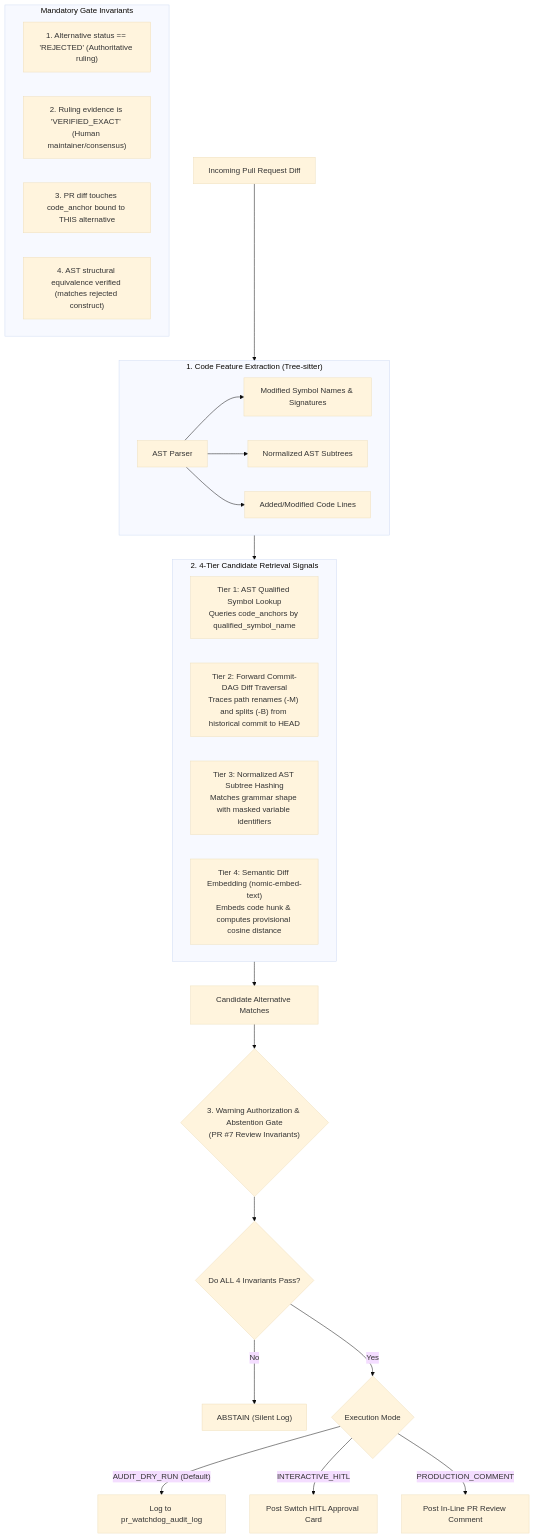
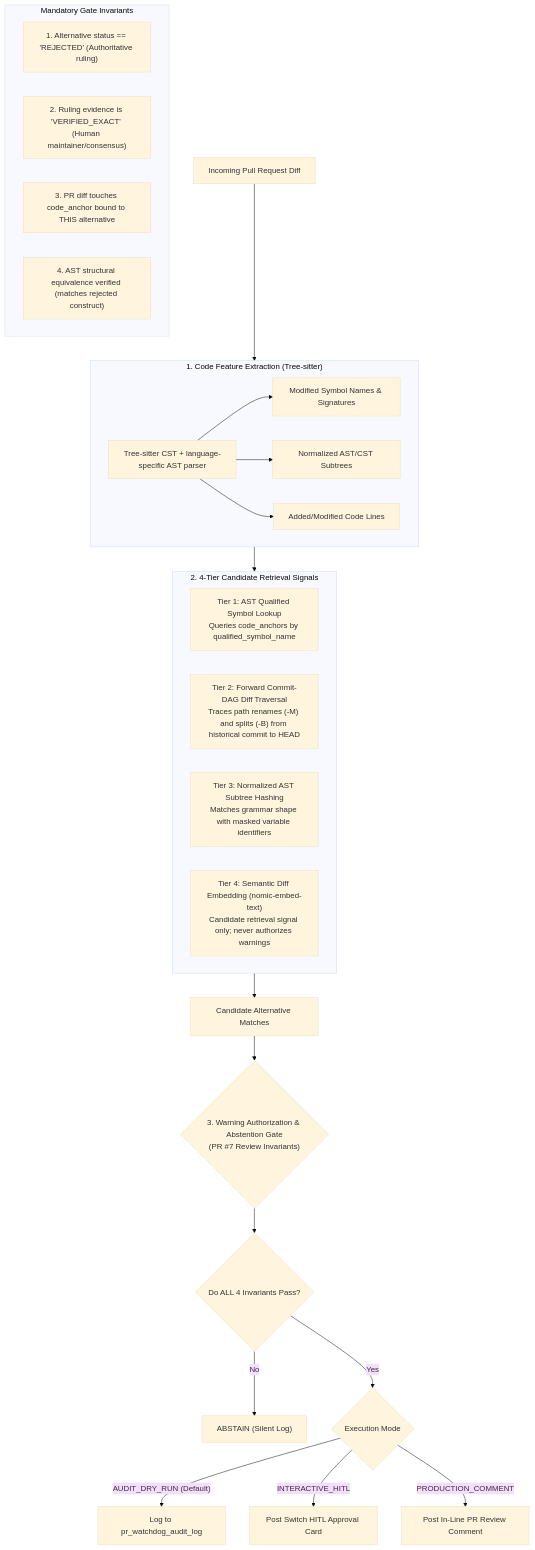
The first of 2 diagrams in docs/CODE_GROUNDING_AND_AST.md (MRiARC/biscuit), drawn with Mermaid (base theme) before and after one commit. The commit also changed other lines of this file, not shown here.

Commit message:
docs: make code lineage reproducible and similarity retrieval-only

````diff
--- a/docs/CODE_GROUNDING_AND_AST.md
+++ b/docs/CODE_GROUNDING_AND_AST.md
@@ -37,37 +37,38 @@
 ```mermaid
 flowchart TD
     Diff["Incoming Pull Request Diff"] --> Extract
 
     subgraph Extract["1. Code Feature Extraction (Tree-sitter)"]
-        Tree["AST Parser"] --> ModSymbols["Modified Symbol Names & Signatures"]
-        Tree --> ModTrees["Normalized AST Subtrees"]
+        Tree["Tree-sitter CST + language-specific AST parser"]
+        Tree --> ModSymbols["Modified Symbol Names & Signatures"]
+        Tree --> ModTrees["Normalized AST/CST Subtrees"]
         Tree --> DiffHunk["Added/Modified Code Lines"]
     end
 
     Extract --> Tiers
 
     subgraph Tiers["2. 4-Tier Candidate Retrieval Signals"]
         T1["Tier 1: AST Qualified Symbol Lookup<br/>Queries code_anchors by qualified_symbol_name"]
         T2["Tier 2: Forward Commit-DAG Diff Traversal<br/>Traces path renames (-M) and splits (-B) from historical commit to HEAD"]
         T3["Tier 3: Normalized AST Subtree Hashing<br/>Matches grammar shape with masked variable identifiers"]
-        T4["Tier 4: Semantic Diff Embedding (nomic-embed-text)<br/>Embeds code hunk & computes provisional cosine distance"]
+        T4["Tier 4: Semantic Diff Embedding (nomic-embed-text)<br/>Candidate retrieval signal only; never authorizes warnings"]
     end
 
     Tiers --> Candidates["Candidate Alternative Matches"]
     Candidates --> Gate{"3. Warning Authorization & Abstention Gate<br/>(PR #7 Review Invariants)"}
 
     subgraph GateCriteria["Mandatory Gate Invariants"]
         I1["1. Alternative status == 'REJECTED' (Authoritative ruling)"]
         I2["2. Ruling evidence is 'VERIFIED_EXACT' (Human maintainer/consensus)"]
         I3["3. PR diff touches code_anchor bound to THIS alternative"]
         I4["4. AST structural equivalence verified (matches rejected construct)"]
     end
 
     Gate --> AllPass{"Do ALL 4 Invariants Pass?"}
     AllPass -- No --> Abstain["ABSTAIN (Silent Log)"]
     AllPass -- Yes --> ModeCheck{"Execution Mode"}
     
     ModeCheck -- "AUDIT_DRY_RUN (Default)" --> AuditLog["Log to pr_watchdog_audit_log"]
     ModeCheck -- "INTERACTIVE_HITL" --> HITL["Post Switch HITL Approval Card"]
     ModeCheck -- "PRODUCTION_COMMENT" --> PostPR["Post In-Line PR Review Comment"]
 ```
````
